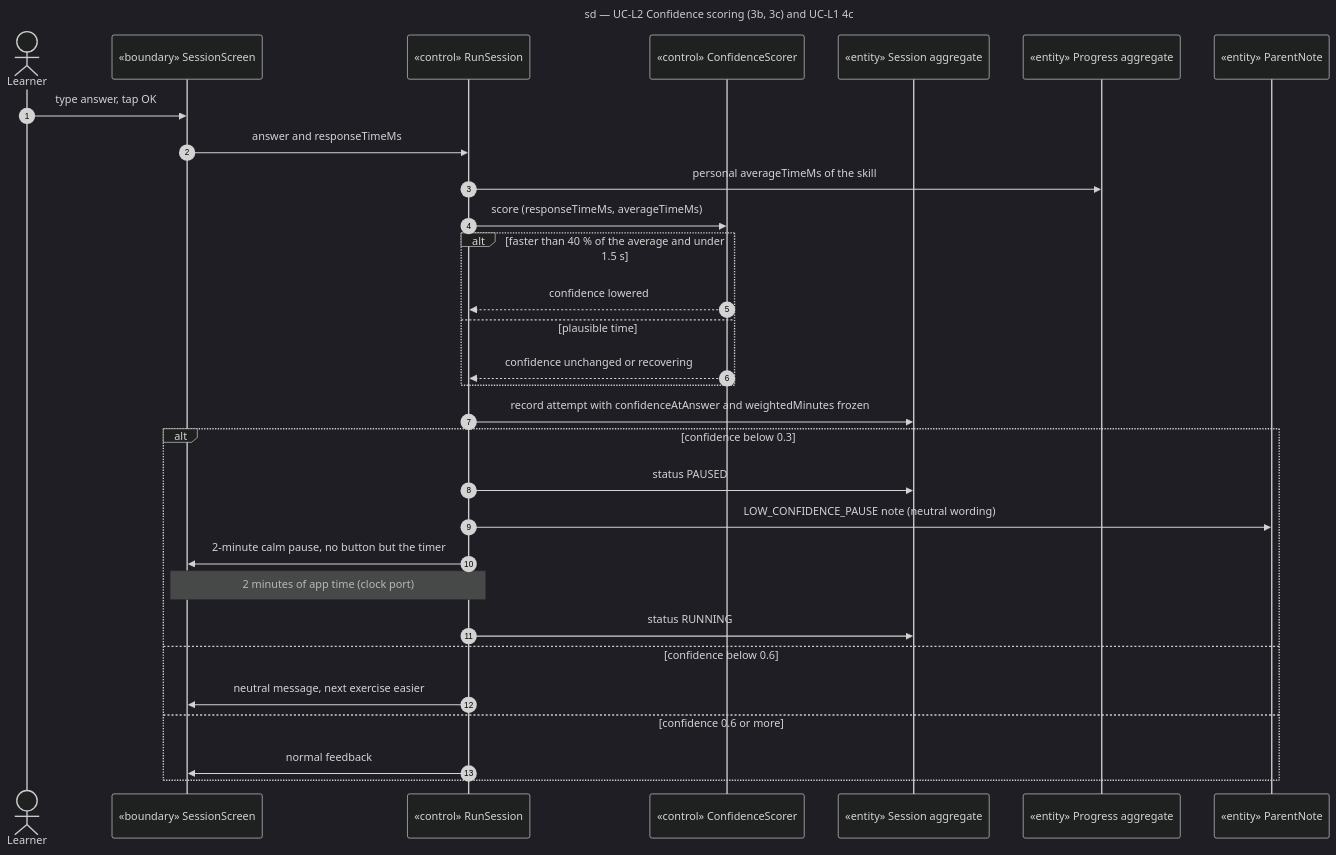
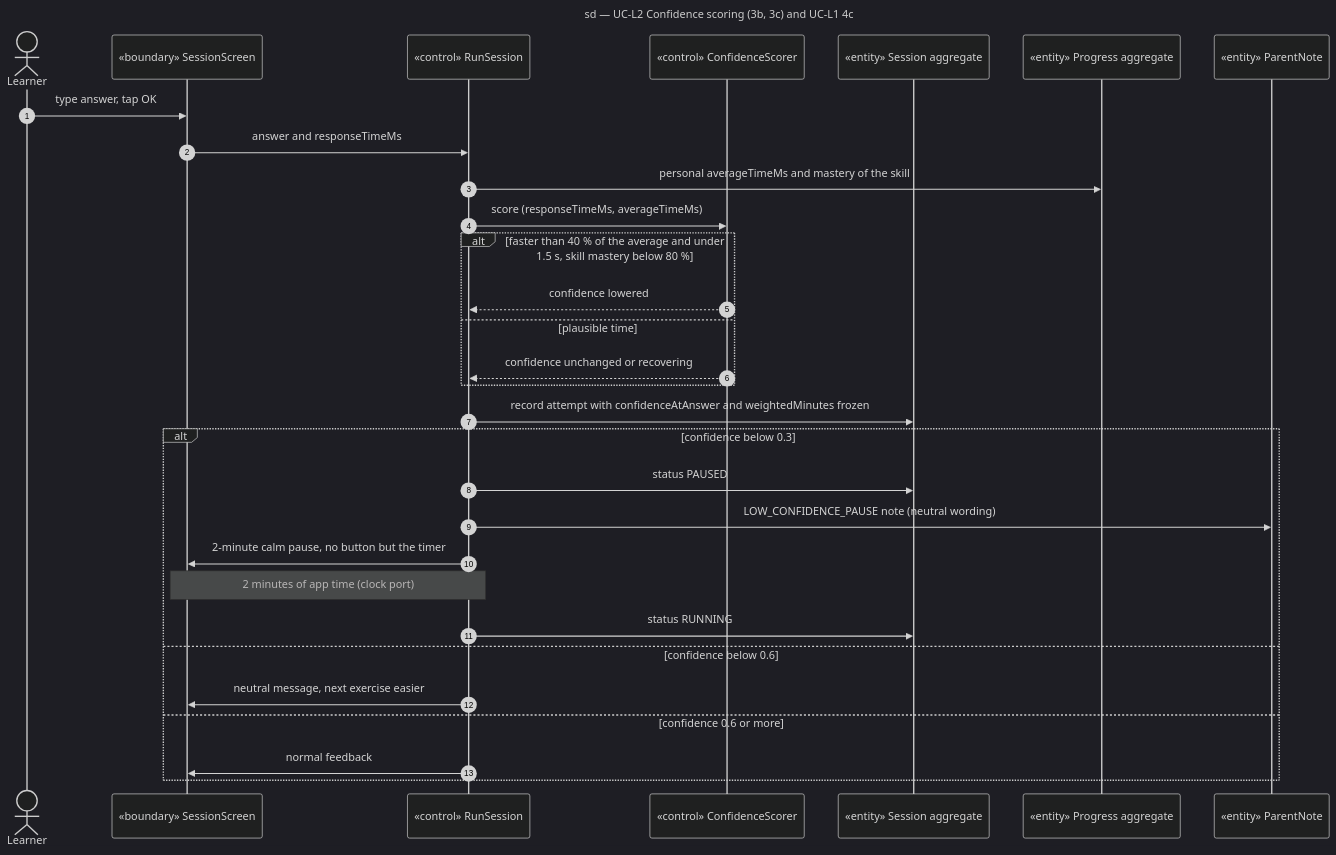
One commit to benoit-bremaud/learn-to-earn changed the diagram in docs/architecture/diagrams/learning/03-sequence-confidence-scoring.md. Above: the diagram before and after it, drawn with Mermaid (dark theme). The commit also changed other lines of this file and 18 other files, not shown here.

````diff
--- a/docs/architecture/diagrams/learning/03-sequence-confidence-scoring.md
+++ b/docs/architecture/diagrams/learning/03-sequence-confidence-scoring.md
@@ -16,34 +16,34 @@
 ```mermaid
 sequenceDiagram
   title sd — UC-L2 Confidence scoring (3b, 3c) and UC-L1 4c
   autonumber
   actor Learner
   participant UI as «boundary» SessionScreen
   participant Ctl as «control» RunSession
   participant Conf as «control» ConfidenceScorer
   participant Practice as «entity» Session aggregate
   participant Progress as «entity» Progress aggregate
   participant Notes as «entity» ParentNote
 
   Learner->>UI: type answer, tap OK
   UI->>Ctl: answer and responseTimeMs
-  Ctl->>Progress: personal averageTimeMs of the skill
+  Ctl->>Progress: personal averageTimeMs and mastery of the skill
   Ctl->>Conf: score (responseTimeMs, averageTimeMs)
-  alt faster than 40 % of the average and under 1.5 s
+  alt faster than 40 % of the average and under 1.5 s, skill mastery below 80 %
     Conf-->>Ctl: confidence lowered
   else plausible time
     Conf-->>Ctl: confidence unchanged or recovering
   end
   Ctl->>Practice: record attempt with confidenceAtAnswer and weightedMinutes frozen
   alt confidence below 0.3
     Ctl->>Practice: status PAUSED
     Ctl->>Notes: LOW_CONFIDENCE_PAUSE note (neutral wording)
     Ctl->>UI: 2-minute calm pause, no button but the timer
     Note over Ctl,UI: 2 minutes of app time (clock port)
     Ctl->>Practice: status RUNNING
   else confidence below 0.6
     Ctl->>UI: neutral message, next exercise easier
   else confidence 0.6 or more
     Ctl->>UI: normal feedback
   end
 ```
````
